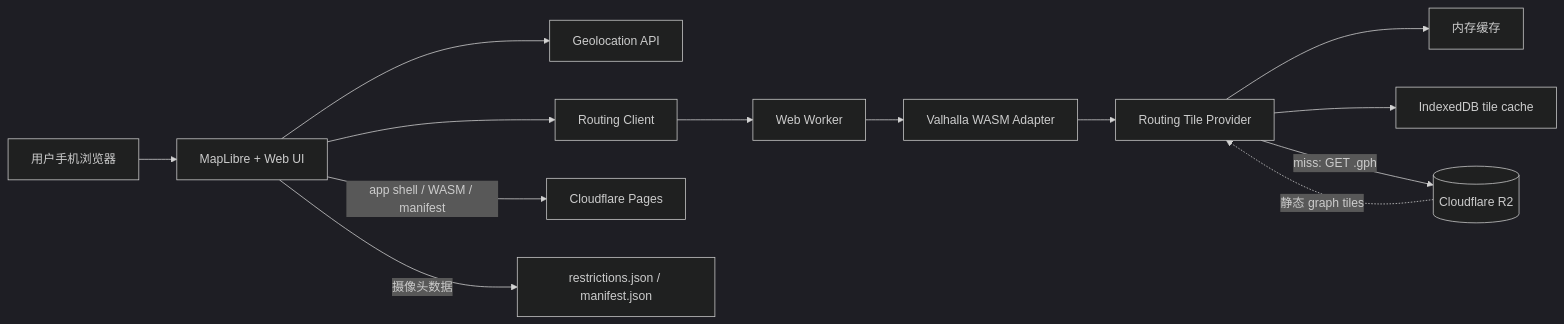
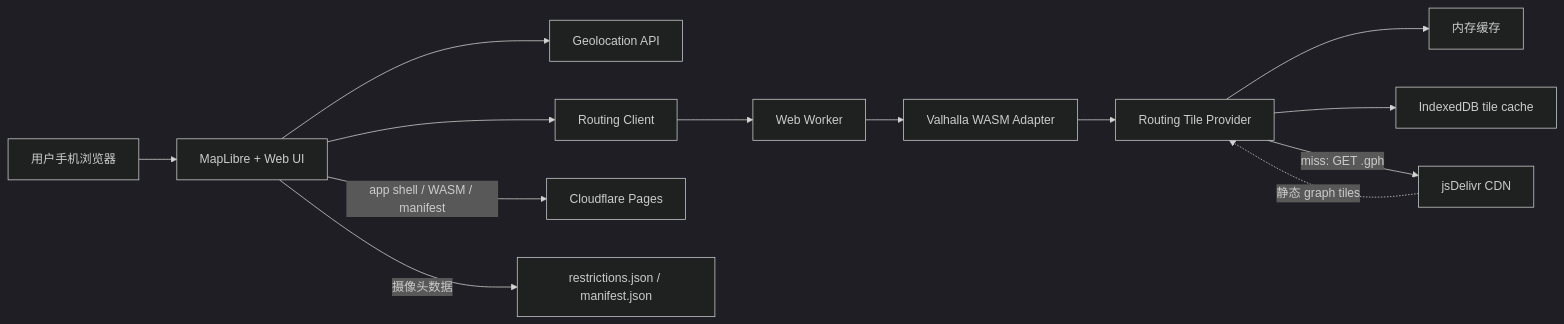
One commit to The-V-Factor/PeiXiu changed the first of 4 diagrams in docs/guangzhou-motorcycle-routing-implementation-plan.md. Above: the diagram before and after it, drawn with Mermaid (dark theme). The commit also changed other lines of this file and 9 other files, not shown here.

Commit message:
codex(feat): publish routing graph via jsdelivr

````diff
--- a/docs/guangzhou-motorcycle-routing-implementation-plan.md
+++ b/docs/guangzhou-motorcycle-routing-implementation-plan.md
@@ -89,28 +89,28 @@
 ```mermaid
 flowchart LR
     U[用户手机浏览器]
     UI[MapLibre + Web UI]
     GPS[Geolocation API]
     RC[Routing Client]
     W[Web Worker]
     VA[Valhalla WASM Adapter]
     TP[Routing Tile Provider]
     MC[内存缓存]
     IDB[IndexedDB tile cache]
-    R2[(Cloudflare R2)]
+    CDN[jsDelivr CDN]
     P[Cloudflare Pages]
     D[restrictions.json / manifest.json]
 
     U --> UI
     UI --> GPS
     UI --> RC
     RC --> W
     W --> VA
     VA --> TP
     TP --> MC
     TP --> IDB
-    TP -->|miss: GET .gph| R2
+    TP -->|miss: GET .gph| CDN
     UI -->|app shell / WASM / manifest| P
     UI -->|摄像头数据| D
-    R2 -.静态 graph tiles.-> TP
+    CDN -.静态 graph tiles.-> TP
 ```
````
